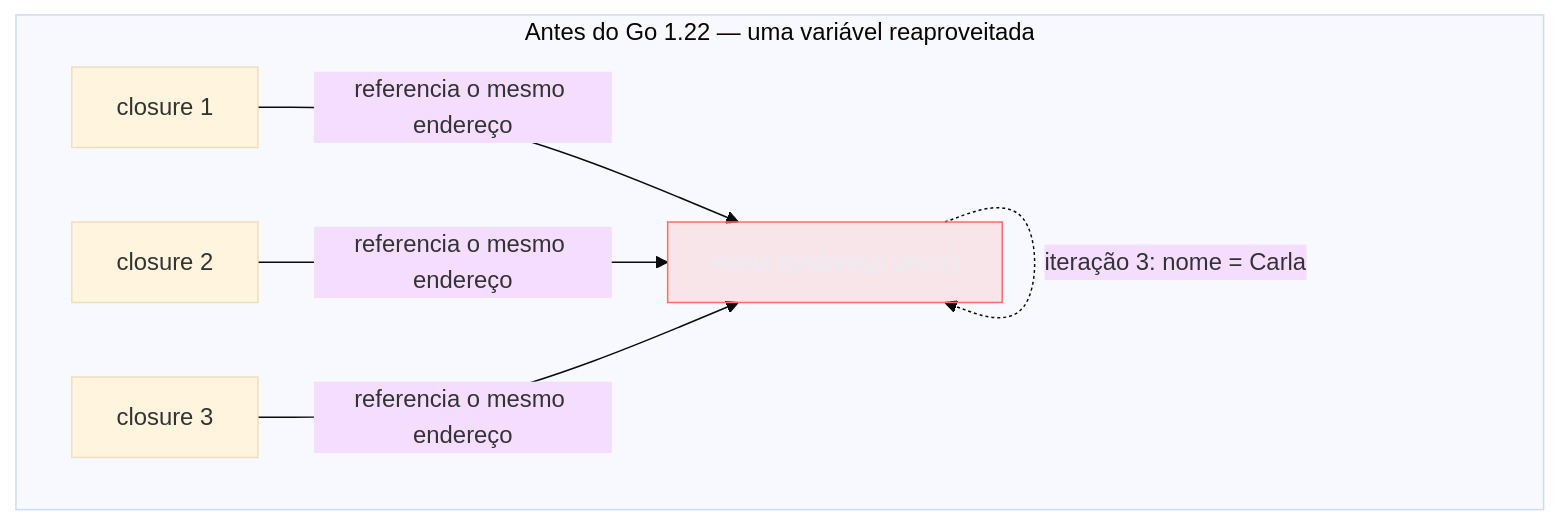
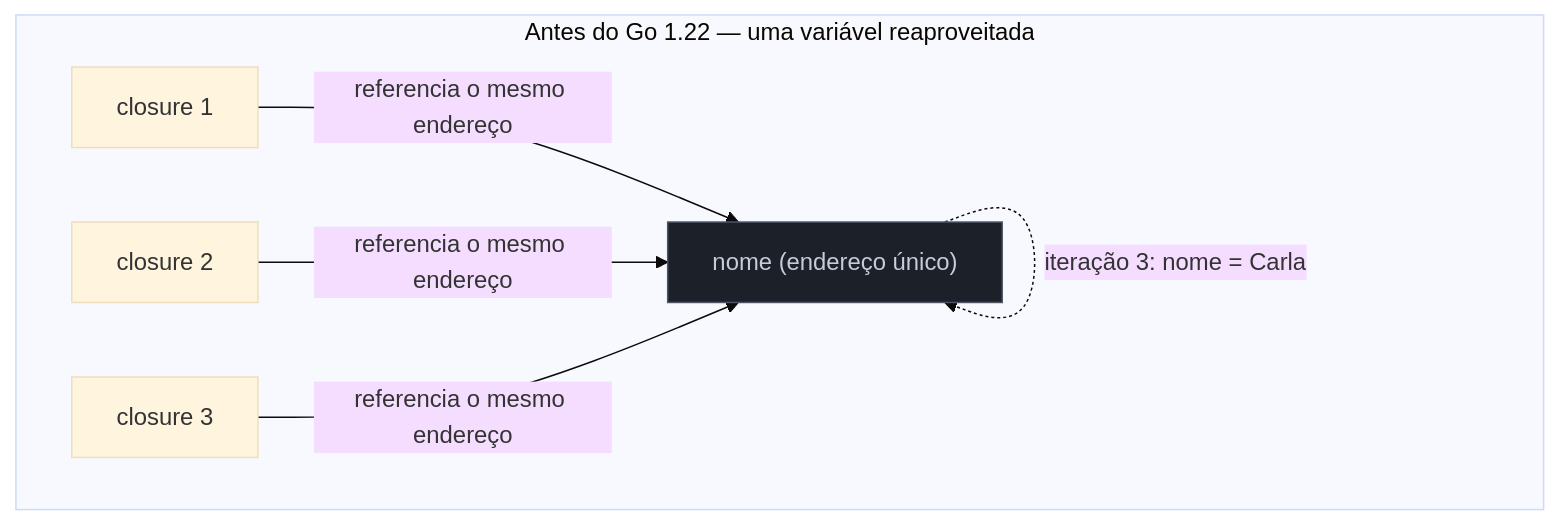
One commit to josenaldo/codex-technomanticus changed the second of 3 diagrams in 03-Dominios/Tecnologia/Go/07 - Goroutines e o scheduler/07 - Armadilhas — leaks e loop var.md. Above: the diagram before and after it, drawn with Mermaid (base theme). The commit also changed 601 other files, not shown here.

````diff
--- a/03-Dominios/Tecnologia/Go/07 - Goroutines e o scheduler/07 - Armadilhas — leaks e loop var.md
+++ b/03-Dominios/Tecnologia/Go/07 - Goroutines e o scheduler/07 - Armadilhas — leaks e loop var.md
@@ -127,16 +127,16 @@
 ```mermaid
 flowchart TB
-    classDef falha fill:#FF6B6B24,stroke:#FF6B6B,color:#E9ECF2
+    classDef neutro fill:#1B2029,stroke:#4E5666,color:#C6CCD8
     subgraph PRE["Antes do Go 1.22 — uma variável reaproveitada"]
         direction LR
         V["nome (endereço único)"]
         V -.->|"iteração 1: nome = Ana"| V
         V -.->|"iteração 2: nome = Bruno"| V
         V -.->|"iteração 3: nome = Carla"| V
         G1a["closure 1"] -->|"referencia o mesmo endereço"| V
         G2a["closure 2"] -->|"referencia o mesmo endereço"| V
         G3a["closure 3"] -->|"referencia o mesmo endereço"| V
     end
 
-    class V falha
+    class V neutro
 ```
````
